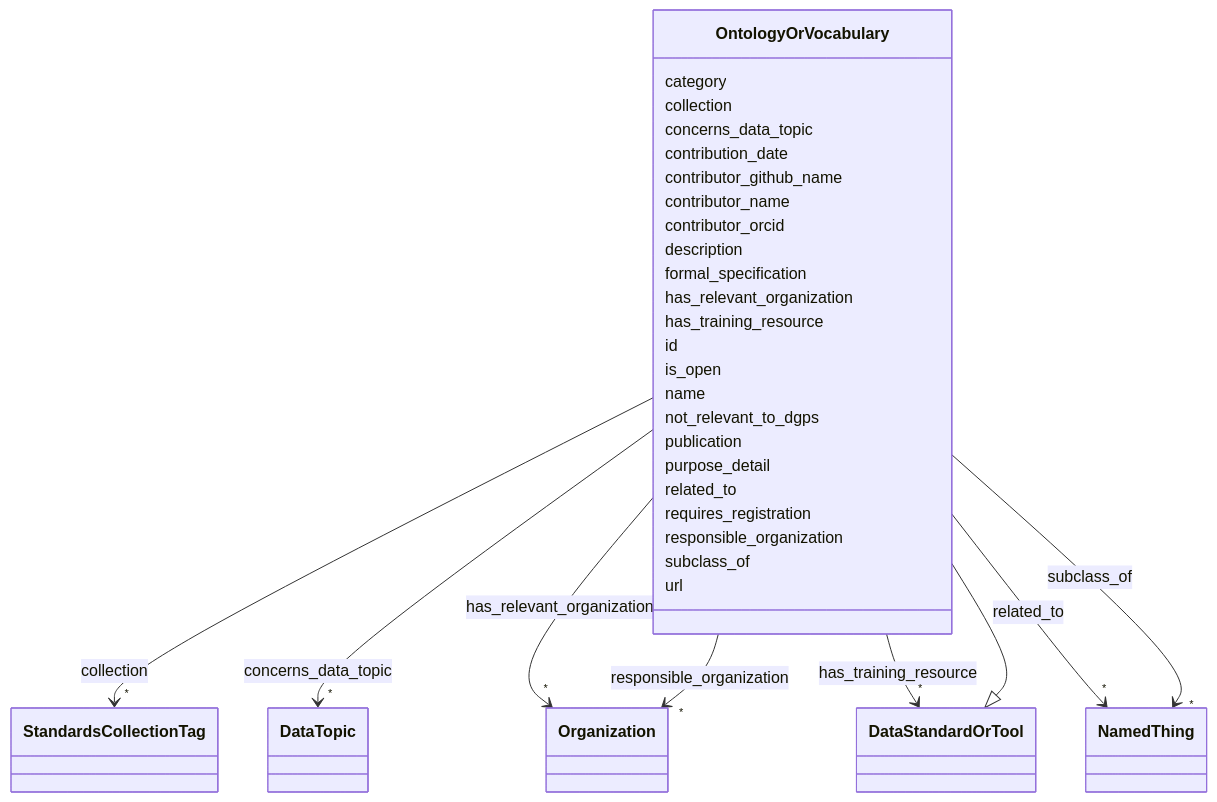
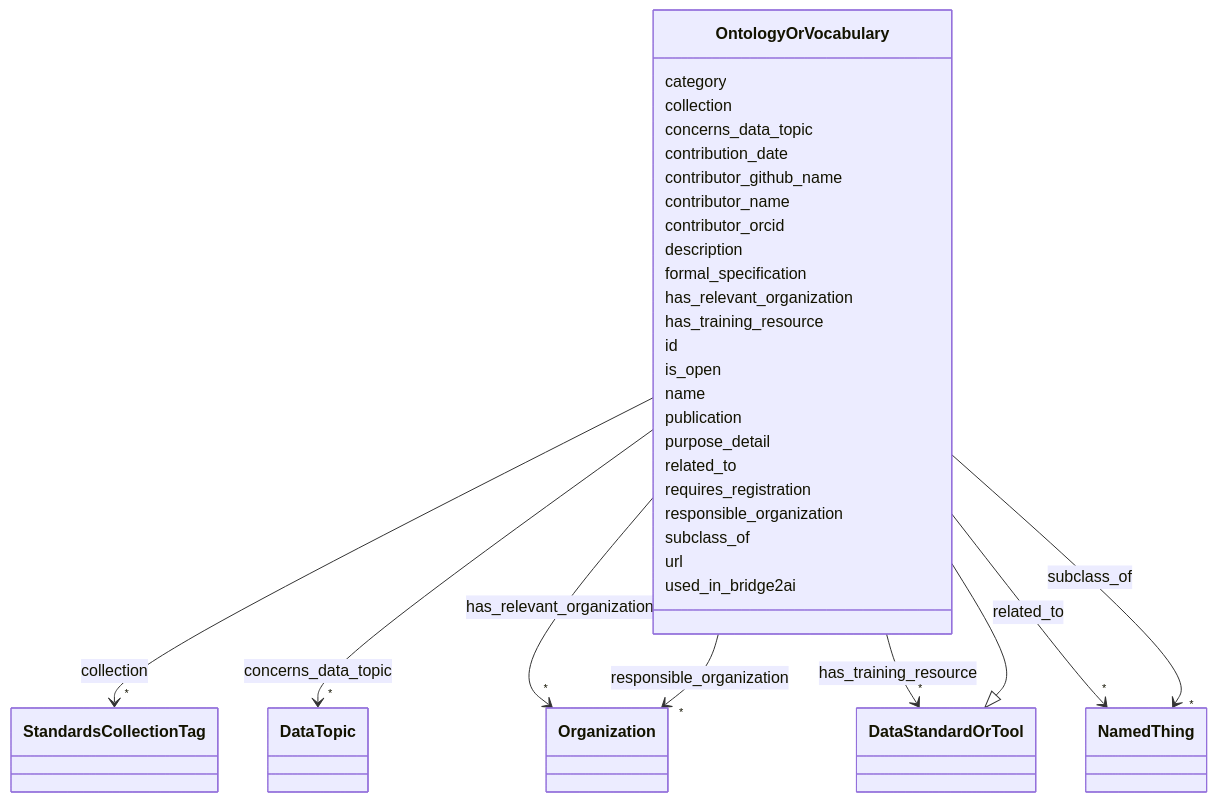
The diagram in docs/OntologyOrVocabulary.md (bridge2ai/standards-schemas), drawn with Mermaid before and after one commit. The commit also changed other lines of this file and 44 other files, not shown here.

````diff
--- a/docs/OntologyOrVocabulary.md
+++ b/docs/OntologyOrVocabulary.md
@@ -79,8 +79,6 @@
         
       OntologyOrVocabulary : name
         
-      OntologyOrVocabulary : not_relevant_to_dgps
-        
       OntologyOrVocabulary : publication
         
       OntologyOrVocabulary : purpose_detail
@@ -116,5 +114,7 @@
         
       OntologyOrVocabulary : url
         
+      OntologyOrVocabulary : used_in_bridge2ai
+        
       
 ```
````
